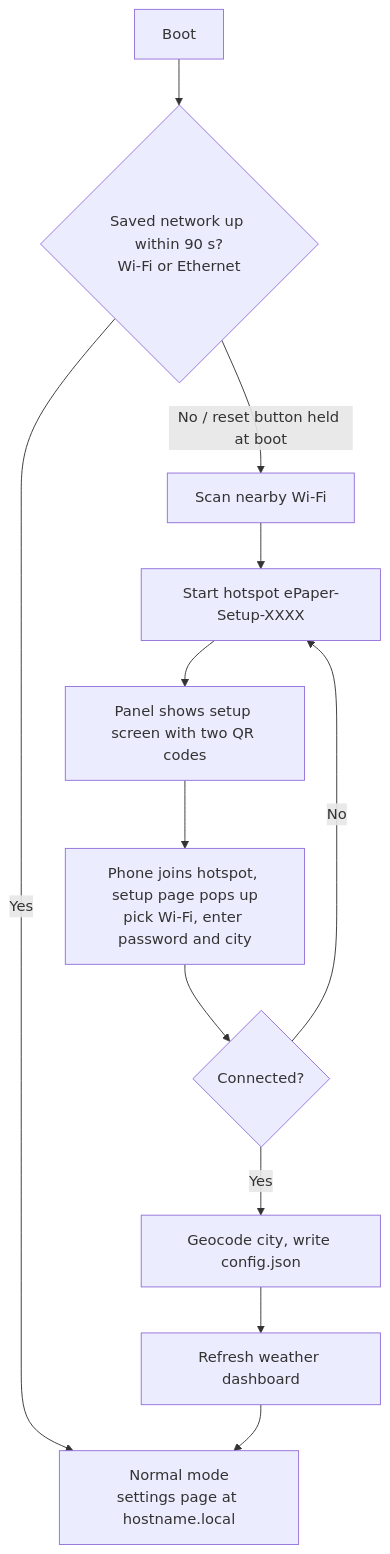
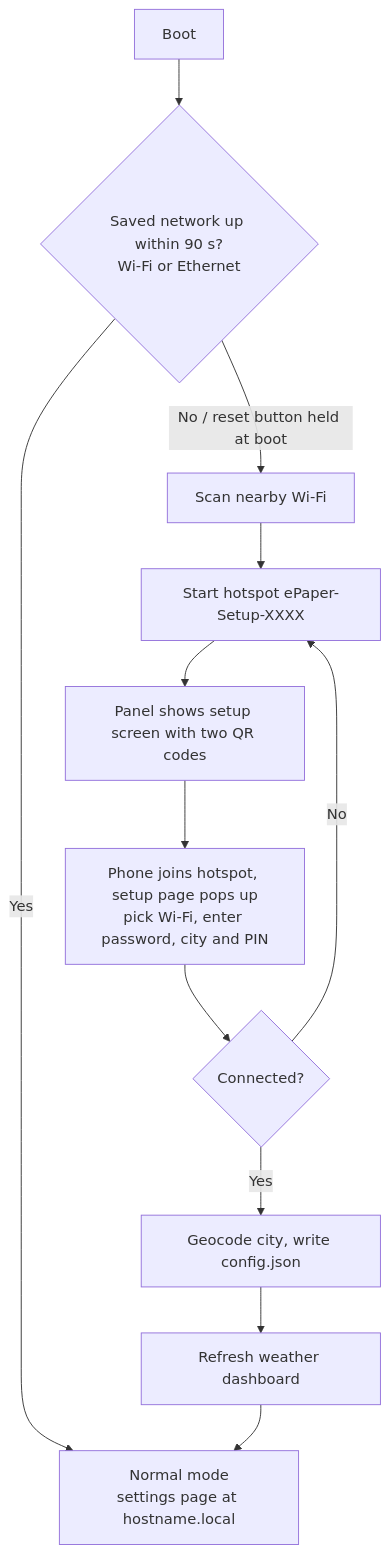
The second of 3 diagrams in README.md (crazylittleJ/epaper-weather-dashboard), drawn with Mermaid before and after one commit. The commit also changed other lines of this file and 6 other files, not shown here.

First line of the commit message:
[Fix]Use an open setup hotspot protected by a PIN

````diff
--- a/README.md
+++ b/README.md
@@ -386,14 +386,14 @@
 ```mermaid
 flowchart TD
     A[Boot] --> B{Saved network up within 90 s?<br/>Wi-Fi or Ethernet}
     B -- Yes --> N["Normal mode<br/>settings page at hostname.local"]
     B -- No / reset button held at boot --> S[Scan nearby Wi-Fi]
     S --> H[Start hotspot ePaper-Setup-XXXX]
     H --> P[Panel shows setup screen with two QR codes]
-    P --> W[Phone joins hotspot, setup page pops up<br/>pick Wi-Fi, enter password and city]
+    P --> W[Phone joins hotspot, setup page pops up<br/>pick Wi-Fi, enter password, city and PIN]
     W --> C{Connected?}
     C -- Yes --> G[Geocode city, write config.json]
     G --> D[Refresh weather dashboard]
     D --> N
     C -- No --> H
 ```
````
